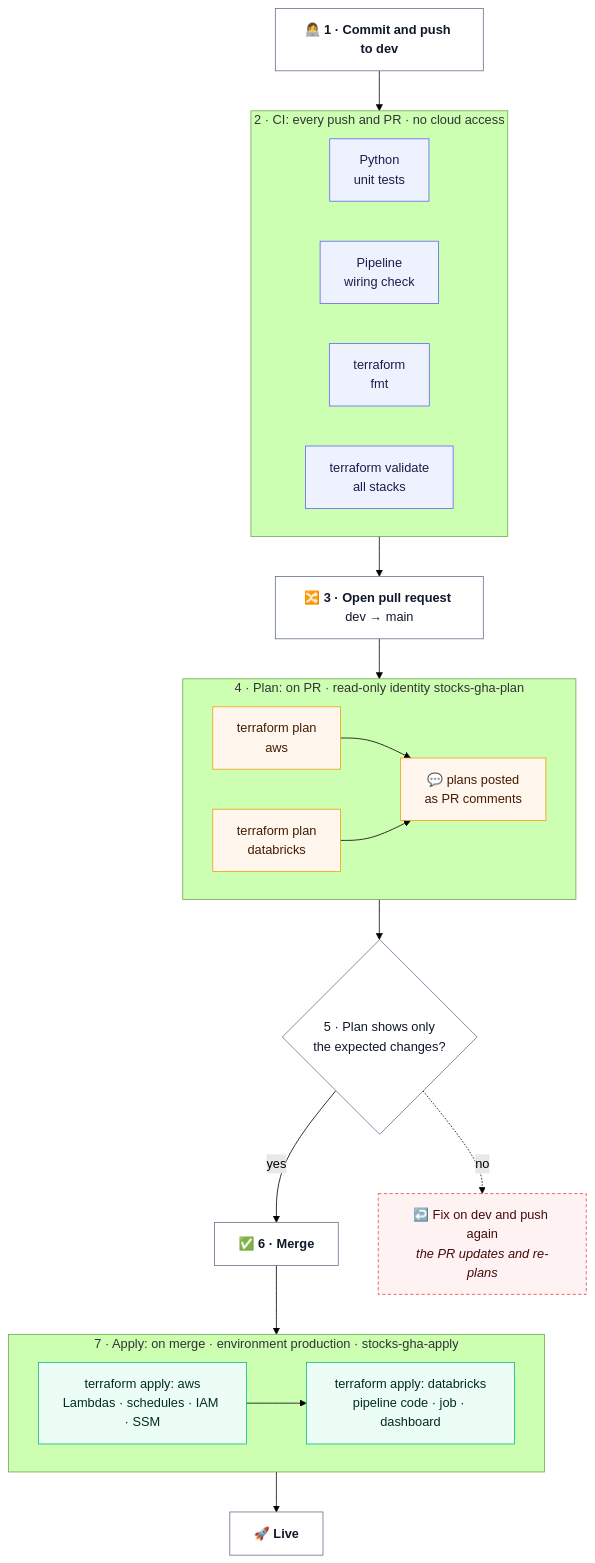
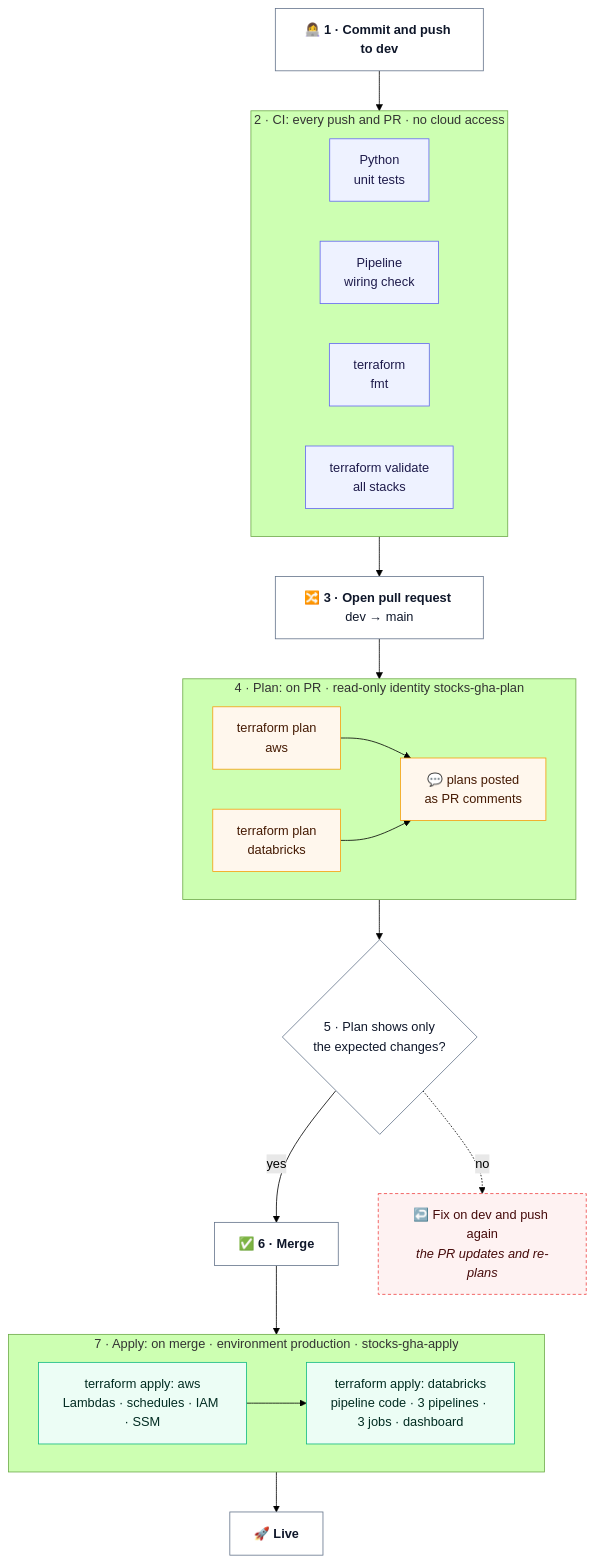
One commit to bumblebee26/stocks_lakehouse changed the diagram in docs/diagrams/04_cicd.mmd. Above: the diagram before and after it, drawn with Mermaid (forest theme). The commit also changed 33 other files, not shown here.

```diff
--- a/docs/diagrams/04_cicd.mmd
+++ b/docs/diagrams/04_cicd.mmd
@@ -1,43 +1,43 @@
 flowchart TB
     DEV["👩‍💻 <b>1 · Commit and push to dev</b>"]
     subgraph CI["2 · CI: every push and PR · no cloud access"]
         direction LR
         T1["Python<br/>unit tests"]
         T2["Pipeline<br/>wiring check"]
         T3["terraform<br/>fmt"]
         T4["terraform validate<br/>all stacks"]
     end
     PR["🔀 <b>3 · Open pull request</b> dev → main"]
     subgraph PLAN["4 · Plan: on PR · read-only identity stocks-gha-plan"]
         direction LR
         P1["terraform plan<br/>aws"]
         P2["terraform plan<br/>databricks"]
         PC["💬 plans posted<br/>as PR comments"]
         P1 --> PC
         P2 --> PC
     end
     REV{"5 · Plan shows only<br/>the expected changes?"}
     MERGE["✅ <b>6 · Merge</b>"]
     subgraph APPLY["7 · Apply: on merge · environment production · stocks-gha-apply"]
         direction LR
         A1["terraform apply: aws<br/>Lambdas · schedules · IAM · SSM"]
-        A2["terraform apply: databricks<br/>pipeline code · job · dashboard"]
+        A2["terraform apply: databricks<br/>pipeline code · 3 pipelines · 3 jobs · dashboard"]
         A1 --> A2
     end
     LIVE["🚀 <b>Live</b>"]
     FIX["↩️ Fix on dev and push again<br/><i>the PR updates and re-plans</i>"]
 
     DEV --> CI --> PR --> PLAN --> REV
     REV -- "yes" --> MERGE --> APPLY --> LIVE
     REV -. "no" .-> FIX
 
     classDef step fill:#ffffff,stroke:#64748b,color:#0f172a
     classDef ci fill:#eef2ff,stroke:#6366f1,color:#1e1b4b
     classDef plan fill:#fff7ed,stroke:#f59e0b,color:#451a03
     classDef apply fill:#ecfdf5,stroke:#10b981,color:#022c22
     class DEV,PR,MERGE,LIVE,REV step
     classDef fix fill:#fef2f2,stroke:#ef4444,color:#450a0a,stroke-dasharray: 4 3
     class FIX fix
     class T1,T2,T3,T4 ci
     class P1,P2,PC plan
     class A1,A2 apply
```
